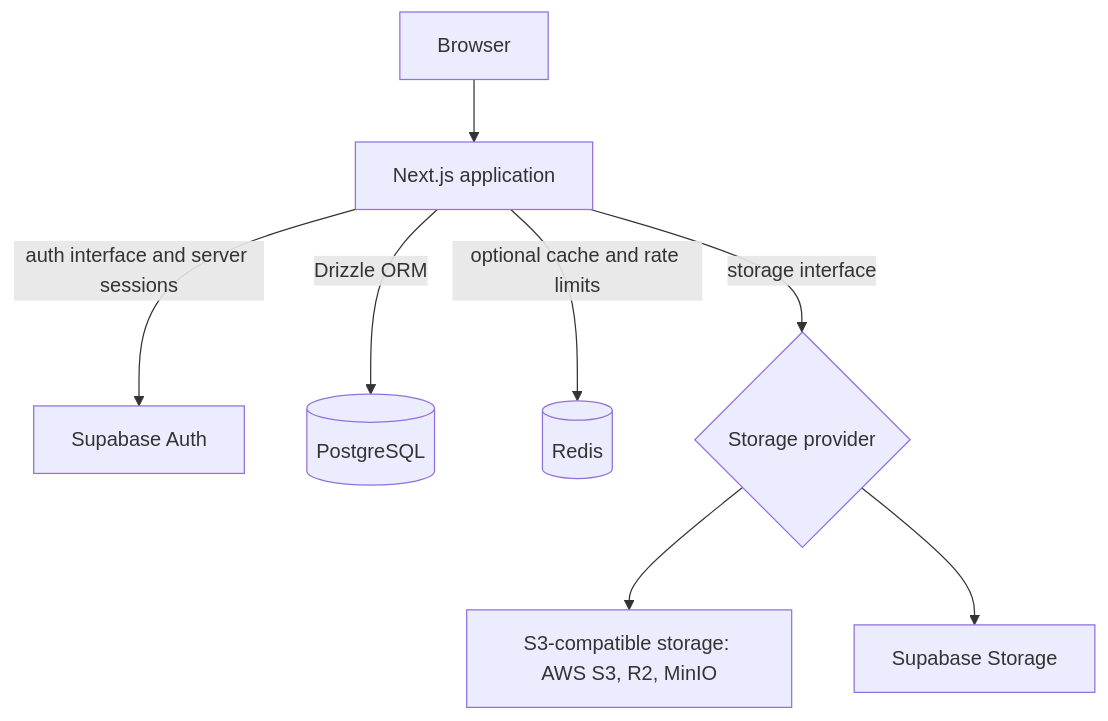
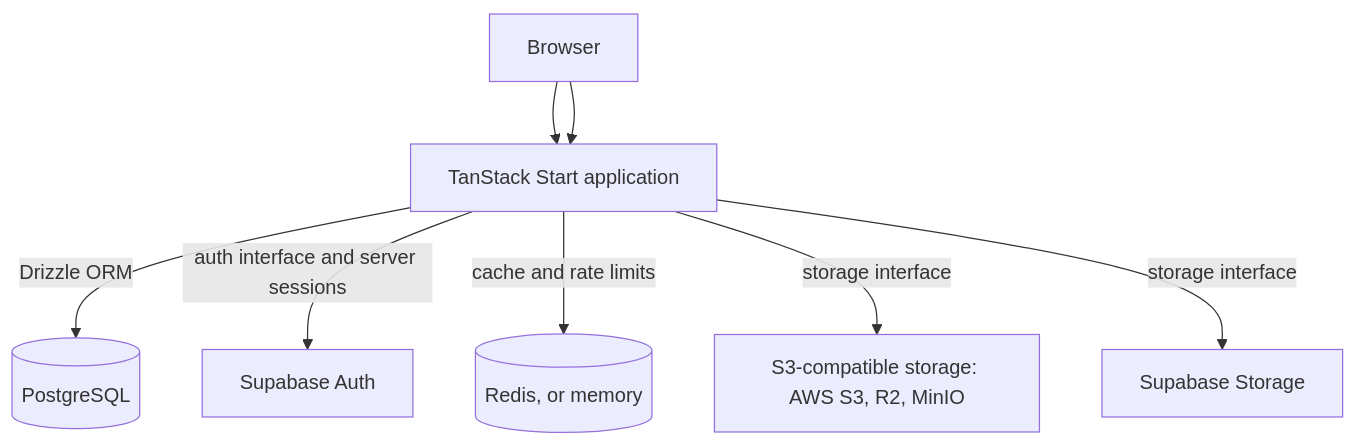
The diagram in README.md (Clubedge/clubedge-starter), drawn with Mermaid before and after one commit. The commit also changed other lines of this file and 34 other files, not shown here.

First line of the commit message:
feat: describe auth, storage, and cache as optional modules

````diff
--- a/README.md
+++ b/README.md
@@ -36,10 +30,22 @@
 ```mermaid
 flowchart TB
-  Browser --> Next[Next.js application]
-  Next -->|auth interface and server sessions| Auth[Supabase Auth]
-  Next -->|Drizzle ORM| DB[(PostgreSQL)]
-  Next -->|optional cache and rate limits| Redis[(Redis)]
-  Next -->|storage interface| Storage{Storage provider}
-  Storage --> S3[S3-compatible storage: AWS S3, R2, MinIO]
-  Storage --> SupabaseStorage[Supabase Storage]
+  %% clubedge:if framework=next
+  Browser --> App[Next.js application]
+  %% clubedge:end
+  %% clubedge:if framework=tanstack-start
+  Browser --> App[TanStack Start application]
+  %% clubedge:end
+  App -->|Drizzle ORM| DB[(PostgreSQL)]
+  %% clubedge:if auth=supabase
+  App -->|auth interface and server sessions| Auth[Supabase Auth]
+  %% clubedge:end
+  %% clubedge:if cache=redis
+  App -->|cache and rate limits| Redis[(Redis, or memory)]
+  %% clubedge:end
+  %% clubedge:if storage=s3
+  App -->|storage interface| S3[S3-compatible storage: AWS S3, R2, MinIO]
+  %% clubedge:end
+  %% clubedge:if storage=supabase
+  App -->|storage interface| SupabaseStorage[Supabase Storage]
+  %% clubedge:end
 ```
````
